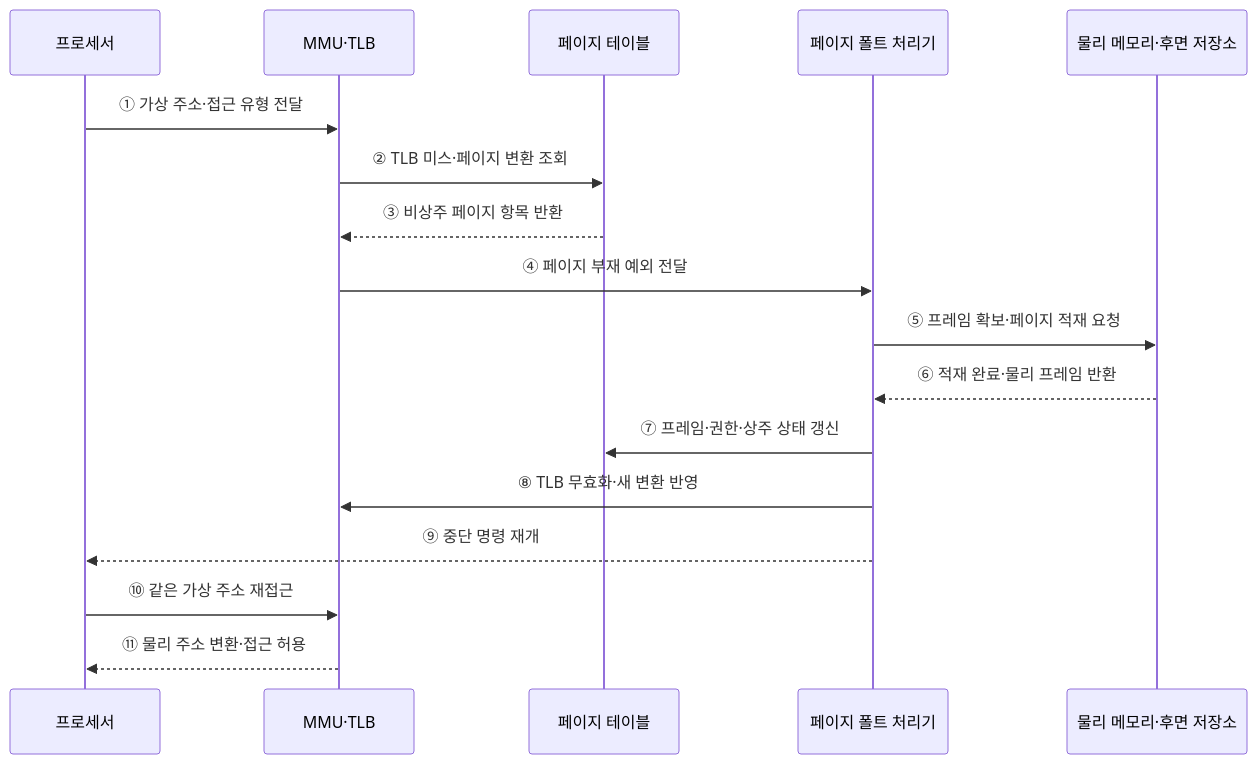
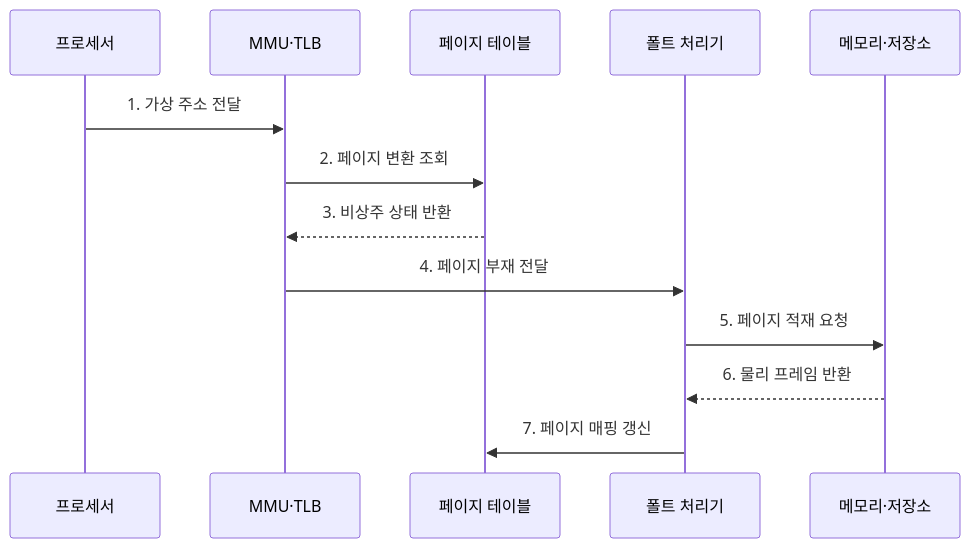
The second of 2 diagrams in src/content/docs/notes/03-software/015_virtual_memory.md (agnusdei1207/knowledge-base), drawn with Mermaid before and after one commit. The commit also changed other lines of this file and 20 other files, not shown here.

````diff
--- a/src/content/docs/notes/03-software/015_virtual_memory.md
+++ b/src/content/docs/notes/03-software/015_virtual_memory.md
@@ -96,20 +96,15 @@
 ```mermaid
 sequenceDiagram
     participant C as 프로세서
     participant L as MMU·TLB
     participant T as 페이지 테이블
-    participant H as 페이지 폴트 처리기
-    participant B as 물리 메모리·후면 저장소
-
-    C->>L: ① 가상 주소·접근 유형 전달
-    L->>T: ② TLB 미스·페이지 변환 조회
-    T-->>L: ③ 비상주 페이지 항목 반환
-    L->>H: ④ 페이지 부재 예외 전달
-    H->>B: ⑤ 프레임 확보·페이지 적재 요청
-    B-->>H: ⑥ 적재 완료·물리 프레임 반환
-    H->>T: ⑦ 프레임·권한·상주 상태 갱신
-    H->>L: ⑧ TLB 무효화·새 변환 반영
-    H-->>C: ⑨ 중단 명령 재개
-    C->>L: ⑩ 같은 가상 주소 재접근
-    L-->>C: ⑪ 물리 주소 변환·접근 허용
+    participant H as 폴트 처리기
+    participant B as 메모리·저장소
+    C->>L: 1. 가상 주소 전달
+    L->>T: 2. 페이지 변환 조회
+    T-->>L: 3. 비상주 상태 반환
+    L->>H: 4. 페이지 부재 전달
+    H->>B: 5. 페이지 적재 요청
+    B-->>H: 6. 물리 프레임 반환
+    H->>T: 7. 페이지 매핑 갱신
 ```
````
